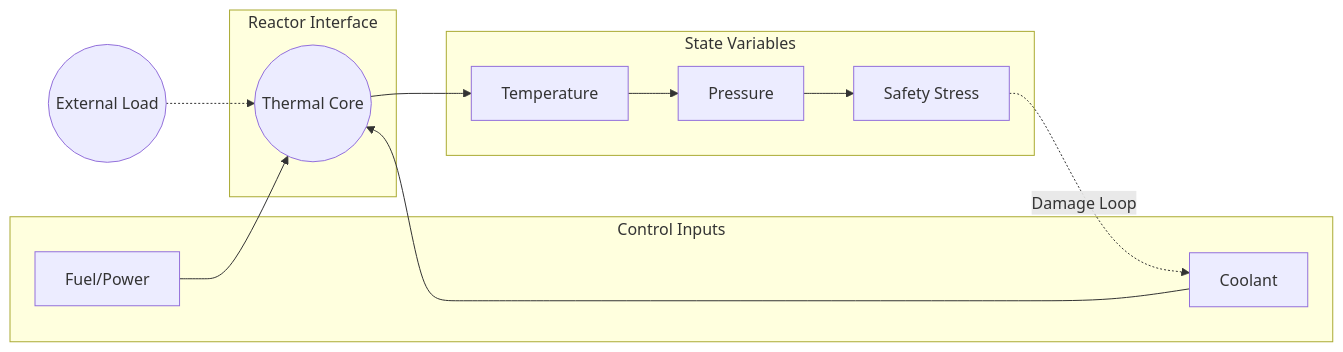
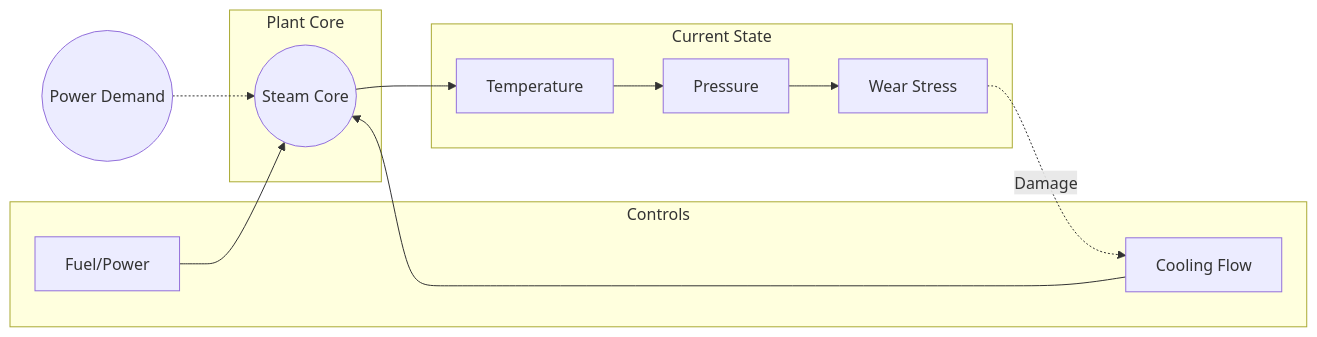
One commit to KaushalrajPuwar/Thermal-Plant-Control-Env changed the diagram in README.md. Above: the diagram before and after it, drawn with Mermaid. The commit also changed other lines of this file, not shown here.

Commit message:
docs: simplify and clarify README documentation for the Thermal Plant Control Environment

````diff
--- a/README.md
+++ b/README.md
@@ -47,26 +45,26 @@
-```mermaid
-graph LR
-    subgraph "Control Inputs"
-        U[Fuel/Power]
-        F[Coolant]
-    end
-    
-    subgraph "Reactor Interface"
-        Core((Thermal Core))
-    end
-    
-    subgraph "State Variables"
-        T[Temperature]
-        Pr[Pressure]
-        S[Safety Stress]
-    end
-
-    U --> Core
-    F --> Core
-    Core --> T
-    T --> Pr
-    Pr --> S
-    S -.-> |"Damage Loop"| F
-    
-    L((External Load)) -.-> Core
-```
+ ```mermaid
+ graph LR
+     subgraph "Controls"
+         U[Fuel/Power]
+         F[Cooling Flow]
+     end
+     
+     subgraph "Plant Core"
+         Core((Steam Core))
+     end
+     
+     subgraph "Current State"
+         T[Temperature]
+         Pr[Pressure]
+         S[Wear Stress]
+     end
+ 
+     U --> Core
+     F --> Core
+     Core --> T
+     T --> Pr
+     Pr --> S
+     S -.-> |"Damage"| F
+     
+     L((Power Demand)) -.-> Core
+ ```
````
